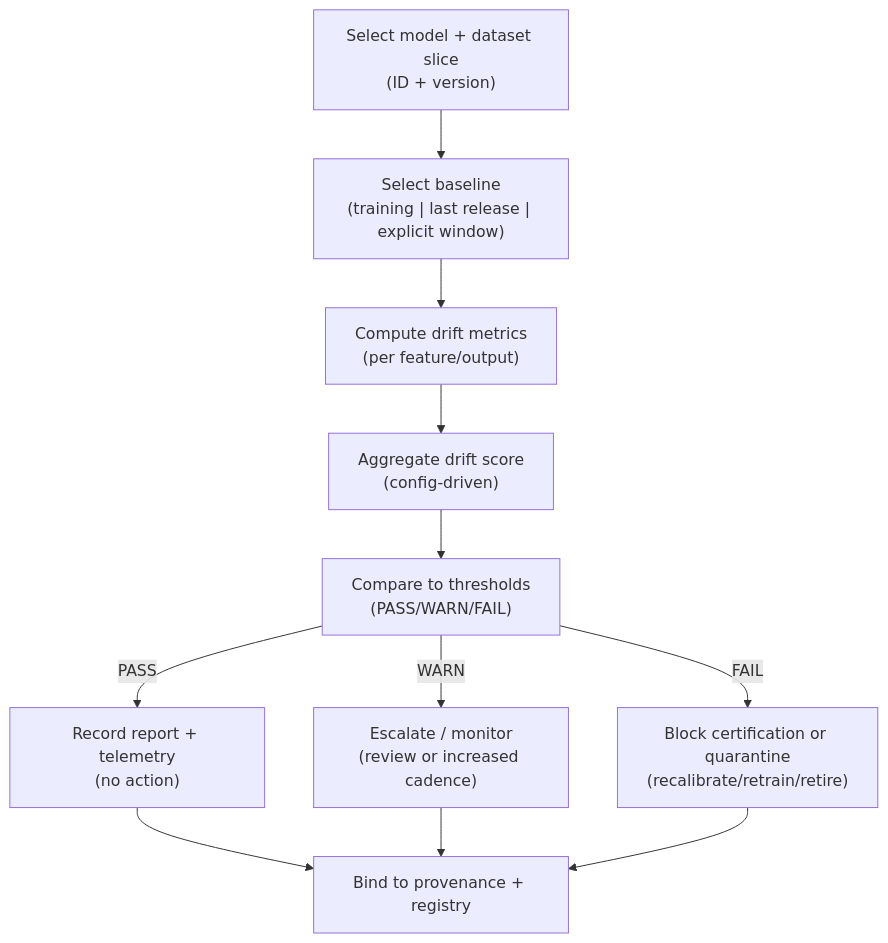
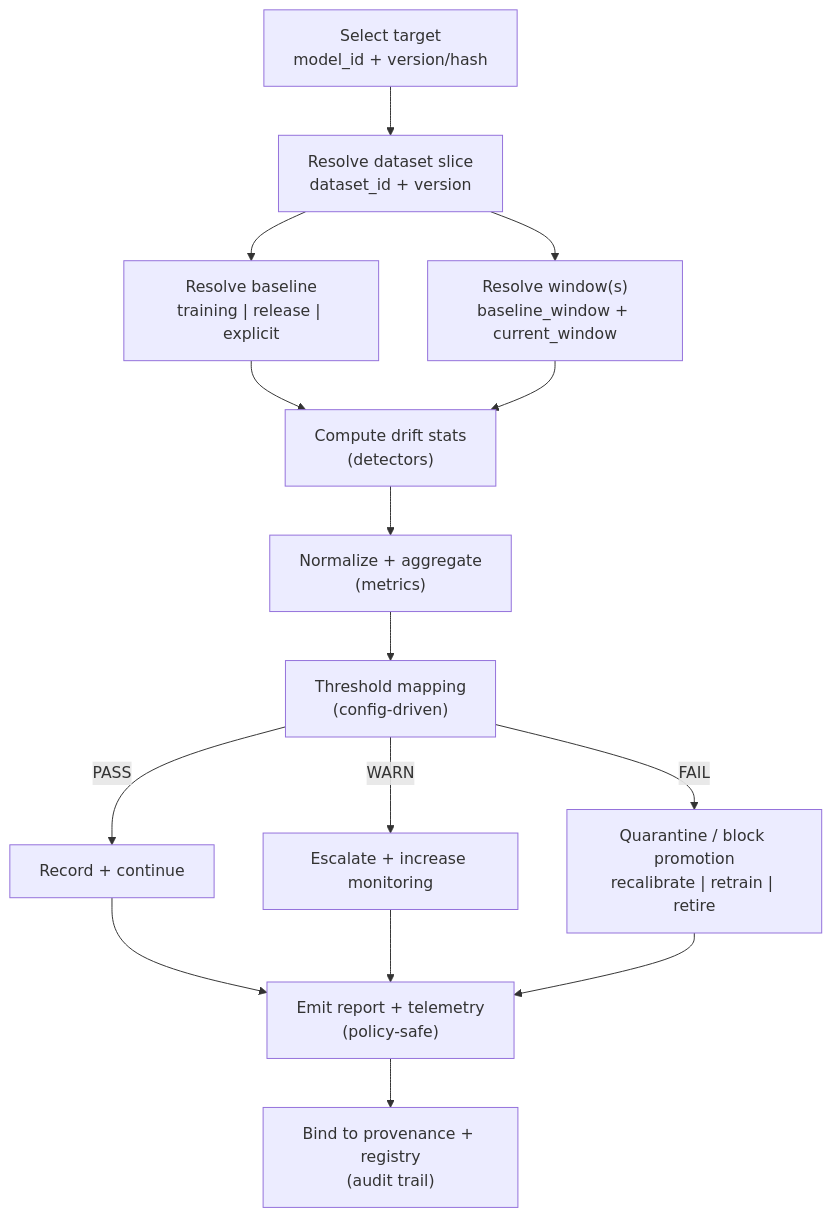
One commit to bartytime4life/Kansas-Frontier-Matrix changed the diagram in tools/ai/drift/README.md. Above: the diagram before and after it, drawn with Mermaid. The commit also changed other lines of this file, not shown here.

First line of the commit message:
Revise README for drift subsystem to v11.2.6

```diff
--- a/tools/ai/drift/README.md
+++ b/tools/ai/drift/README.md
@@ -226,13 +269,17 @@
 ~~~mermaid
 flowchart TD
-  A["Select model + dataset slice<br/>(ID + version)"] --> B["Select baseline<br/>(training | last release | explicit window)"]
-  B --> C["Compute drift metrics<br/>(per feature/output)"]
-  C --> D["Aggregate drift score<br/>(config-driven)"]
-  D --> E["Compare to thresholds<br/>(PASS/WARN/FAIL)"]
-  E -->|PASS| F["Record report + telemetry<br/>(no action)"]
-  E -->|WARN| G["Escalate / monitor<br/>(review or increased cadence)"]
-  E -->|FAIL| H["Block certification or quarantine<br/>(recalibrate/retrain/retire)"]
-  F --> I["Bind to provenance + registry"]
-  G --> I
-  H --> I
+  A["Select target<br/>model_id + version/hash"] --> B["Resolve dataset slice<br/>dataset_id + version"]
+  B --> C["Resolve baseline<br/>training | release | explicit"]
+  B --> D["Resolve window(s)<br/>baseline_window + current_window"]
+  C --> E["Compute drift stats<br/>(detectors)"]
+  D --> E
+  E --> F["Normalize + aggregate<br/>(metrics)"]
+  F --> G["Threshold mapping<br/>(config-driven)"]
+  G -->|PASS| H["Record + continue"]
+  G -->|WARN| I["Escalate + increase monitoring"]
+  G -->|FAIL| J["Quarantine / block promotion<br/>recalibrate | retrain | retire"]
+  H --> K["Emit report + telemetry<br/>(policy-safe)"]
+  I --> K
+  J --> K
+  K --> L["Bind to provenance + registry<br/>(audit trail)"]
 ~~~
```
